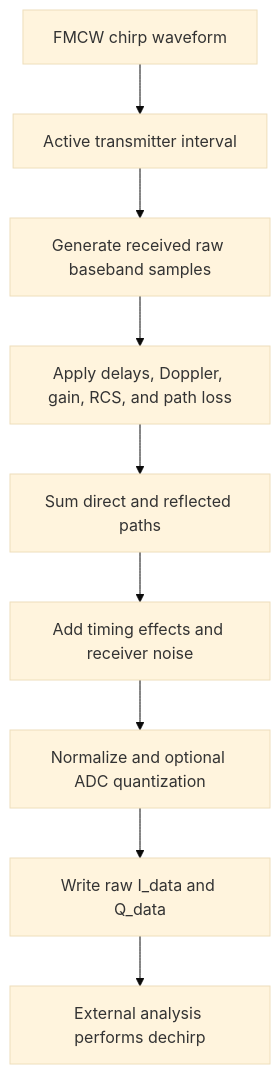
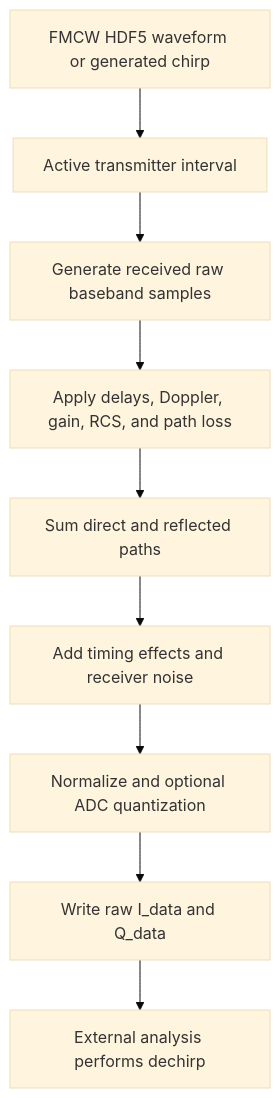
Before and after one commit to davidbits/FERS: the eighth of 10 diagrams in docs/wiki/Simulation-Pipelines.md, drawn with Mermaid (base theme). The commit also changed other lines of this file and 64 other files, not shown here.

````diff
--- a/docs/wiki/Simulation-Pipelines.md
+++ b/docs/wiki/Simulation-Pipelines.md
@@ -185,11 +190,11 @@
 ```mermaid
 flowchart TD
-    A[FMCW chirp waveform] --> B[Active transmitter interval]
+    A[FMCW HDF5 waveform or generated chirp] --> B[Active transmitter interval]
     B --> C[Generate received raw baseband samples]
     C --> D[Apply delays, Doppler, gain, RCS, and path loss]
     D --> E[Sum direct and reflected paths]
     E --> F[Add timing effects and receiver noise]
     F --> G[Normalize and optional ADC quantization]
     G --> H[Write raw I_data and Q_data]
     H --> I[External analysis performs dechirp]
 ```
````
